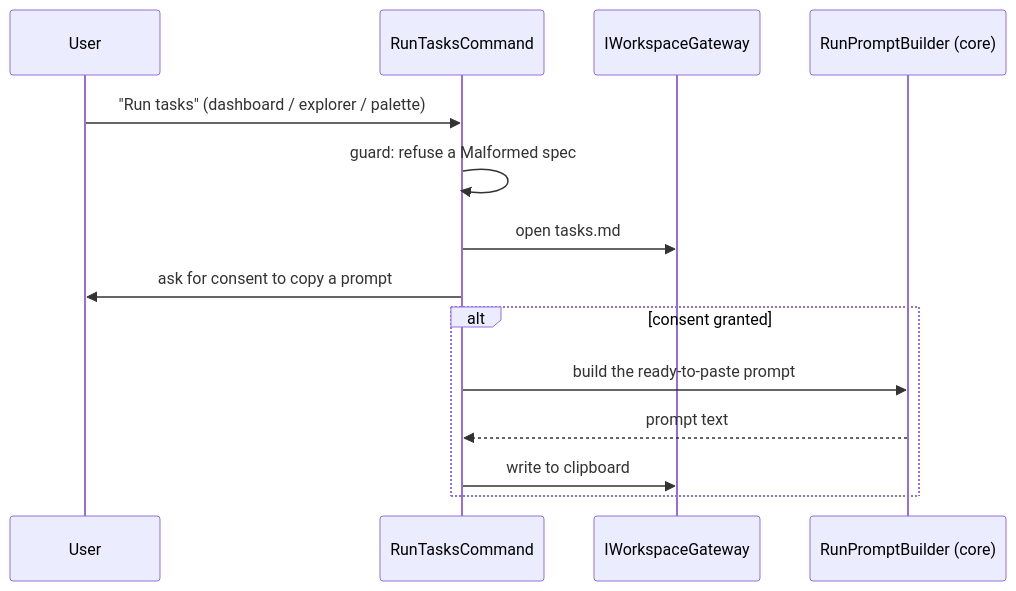
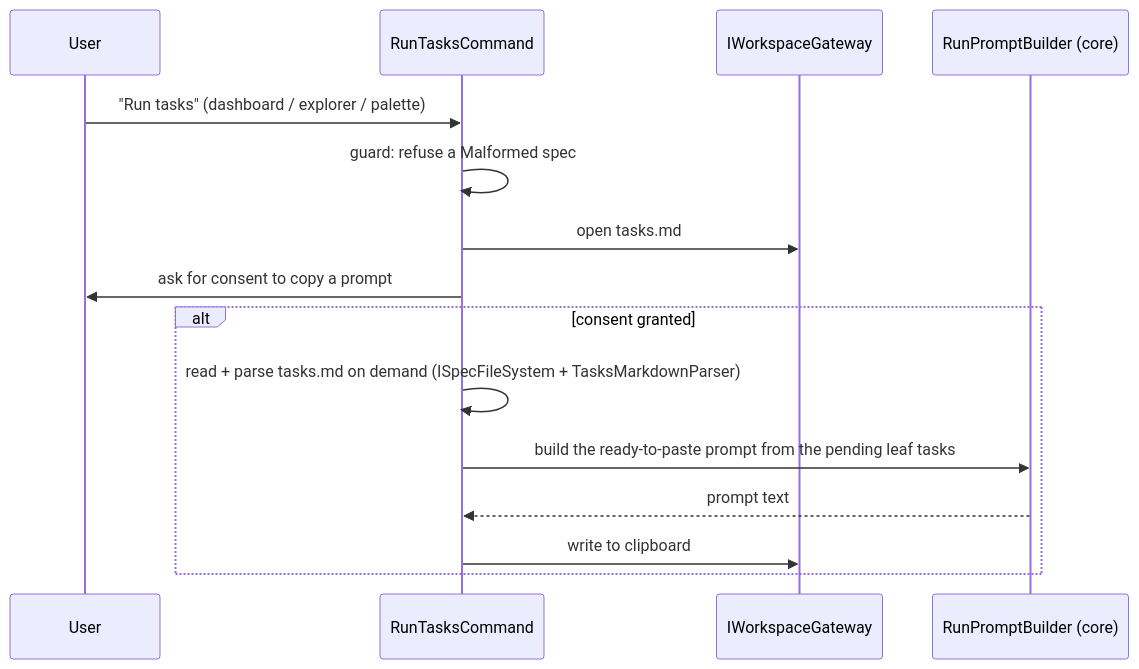
One commit to ducks-project/kirospectracker changed the third of 3 diagrams in docs/architecture.md. Above: the diagram before and after it, drawn with Mermaid. The commit also changed other lines of this file and 4 other files, not shown here.

````diff
--- a/docs/architecture.md
+++ b/docs/architecture.md
@@ -98,17 +107,18 @@
 ```mermaid
 sequenceDiagram
   participant U as User
   participant X as RunTasksCommand
   participant G as IWorkspaceGateway
   participant P as RunPromptBuilder (core)
 
   U->>X: "Run tasks" (dashboard / explorer / palette)
   X->>X: guard: refuse a Malformed spec
   X->>G: open tasks.md
   X->>U: ask for consent to copy a prompt
   alt consent granted
-    X->>P: build the ready-to-paste prompt
+    X->>X: read + parse tasks.md on demand (ISpecFileSystem + TasksMarkdownParser)
+    X->>P: build the ready-to-paste prompt from the pending leaf tasks
     P-->>X: prompt text
     X->>G: write to clipboard
   end
 ```
````
